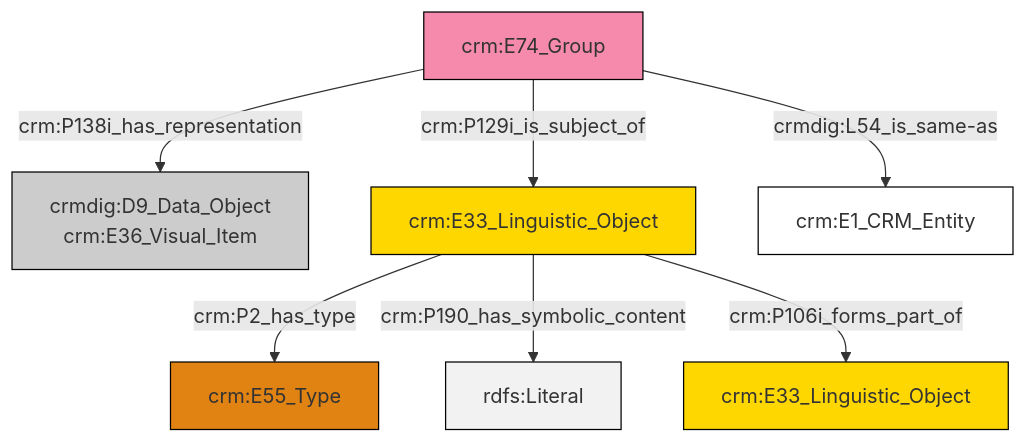
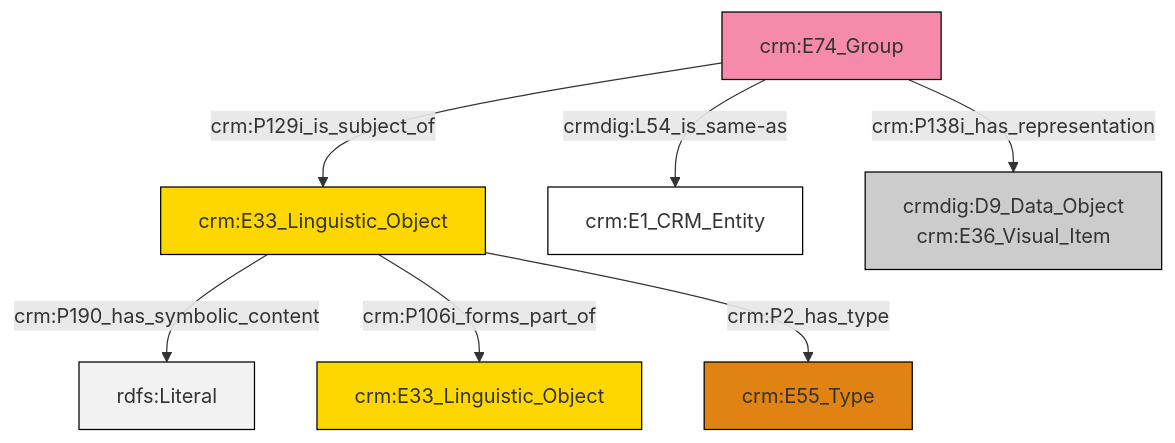
The diagram in et/groupCSV/ttl/mmd/group_documentation.ttl.mmd (swiss-art-research-net/reference-data-models), drawn with Mermaid before and after one commit. The commit also changed 123 other files, not shown here.

```diff
--- a/et/groupCSV/ttl/mmd/group_documentation.ttl.mmd
+++ b/et/groupCSV/ttl/mmd/group_documentation.ttl.mmd
@@ -1,21 +1,21 @@
 graph TD
 classDef Literal fill:#f2f2f2,stroke:#000000;
 classDef CRM_Entity fill:#FFFFFF,stroke:#000000;
 classDef Temporal_Entity fill:#00C9E6, stroke:#000000;
 classDef Type fill:#E18312, stroke:#000000;
 classDef Time-Span fill:#2C9C91, stroke:#000000;
 classDef Appellation fill:#FFEB7F, stroke:#000000;
 classDef Place fill:#008836, stroke:#000000;
 classDef Persistent_Item fill:#B266B2, stroke:#000000;
 classDef Conceptual_Object fill:#FFD700, stroke:#000000;
 classDef Physical_Thing fill:#D2B48C, stroke:#000000;
 classDef Actor fill:#f58aad, stroke:#000000;
 classDef PC_Classes fill:#4ce600, stroke:#000000;
 classDef Multi fill:#cccccc,stroke:#000000;
 
-2["crm:E74_Group"]:::Actor -->|crm:P129i_is_subject_of| 4["crm:E33_Linguistic_Object"]:::Conceptual_Object
-2["crm:E74_Group"]:::Actor -->|crm:P138i_has_representation| 0["crmdig:D9_Data_Object<br>crm:E36_Visual_Item"]:::Multi
-4["crm:E33_Linguistic_Object"]:::Conceptual_Object -->|crm:P2_has_type| 5["crm:E55_Type"]:::Type
-2["crm:E74_Group"]:::Actor -->|crmdig:L54_is_same-as| 7["crm:E1_CRM_Entity"]:::CRM_Entity
-4["crm:E33_Linguistic_Object"]:::Conceptual_Object -->|crm:P190_has_symbolic_content| 12[rdfs:Literal]:::Literal
-4["crm:E33_Linguistic_Object"]:::Conceptual_Object -->|crm:P106i_forms_part_of| 9["crm:E33_Linguistic_Object"]:::Conceptual_Object
+0["crm:E33_Linguistic_Object"]:::Conceptual_Object -->|crm:P190_has_symbolic_content| 1[rdfs:Literal]:::Literal
+2["crm:E74_Group"]:::Actor -->|crmdig:L54_is_same-as| 3["crm:E1_CRM_Entity"]:::CRM_Entity
+2["crm:E74_Group"]:::Actor -->|crm:P129i_is_subject_of| 0["crm:E33_Linguistic_Object"]:::Conceptual_Object
+0["crm:E33_Linguistic_Object"]:::Conceptual_Object -->|crm:P106i_forms_part_of| 11["crm:E33_Linguistic_Object"]:::Conceptual_Object
+2["crm:E74_Group"]:::Actor -->|crm:P138i_has_representation| 4["crmdig:D9_Data_Object<br>crm:E36_Visual_Item"]:::Multi
+0["crm:E33_Linguistic_Object"]:::Conceptual_Object -->|crm:P2_has_type| 8["crm:E55_Type"]:::Type
```
